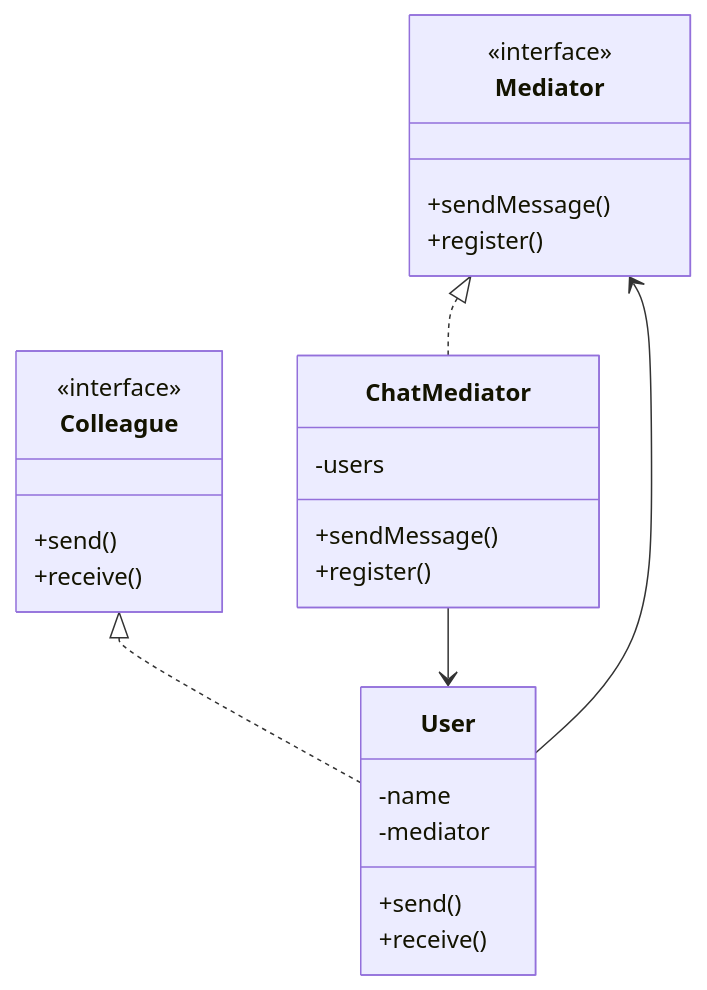
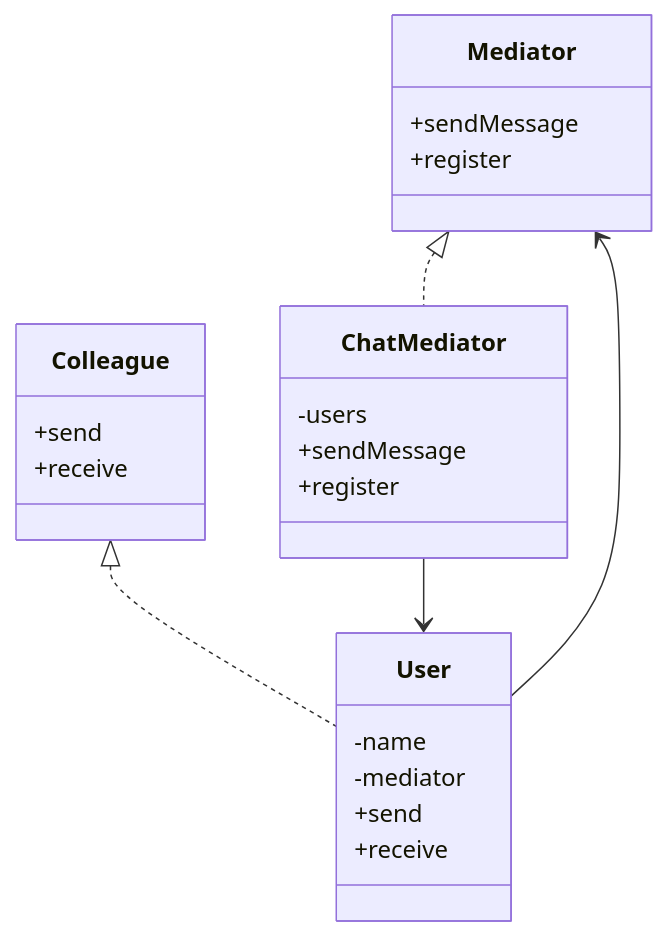
Before and after one commit to gojosatoru123-ux/CacheU: the second of 8 diagrams in src/content/lld-mediator-design-pattern.md, drawn with Mermaid. The commit also changed 21 other files, not shown here.

````diff
--- a/src/content/lld-mediator-design-pattern.md
+++ b/src/content/lld-mediator-design-pattern.md
@@ -118,32 +118,31 @@
 ```mermaid
 classDiagram
+
     class Mediator {
-        <<interface>>
-        +sendMessage()
-        +register()
+        +sendMessage
+        +register
     }
 
     class ChatMediator {
         -users
-        +sendMessage()
-        +register()
+        +sendMessage
+        +register
     }
 
     class Colleague {
-        <<interface>>
-        +send()
-        +receive()
+        +send
+        +receive
     }
 
     class User {
         -name
         -mediator
-        +send()
-        +receive()
+        +send
+        +receive
     }
 
     Mediator <|.. ChatMediator
     Colleague <|.. User
     ChatMediator --> User
     User --> Mediator
 ```
````
